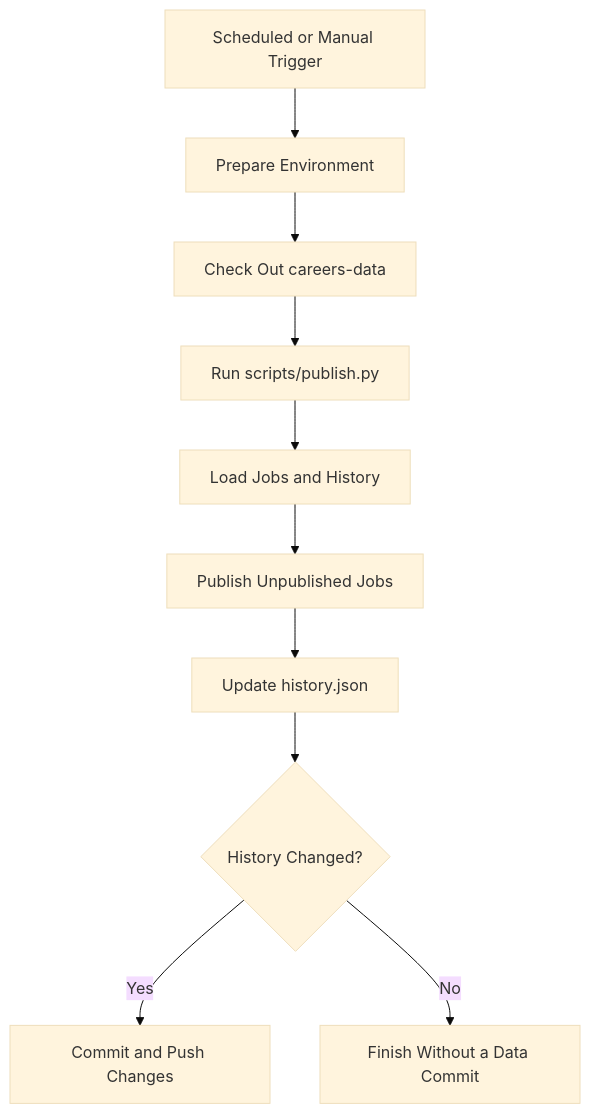
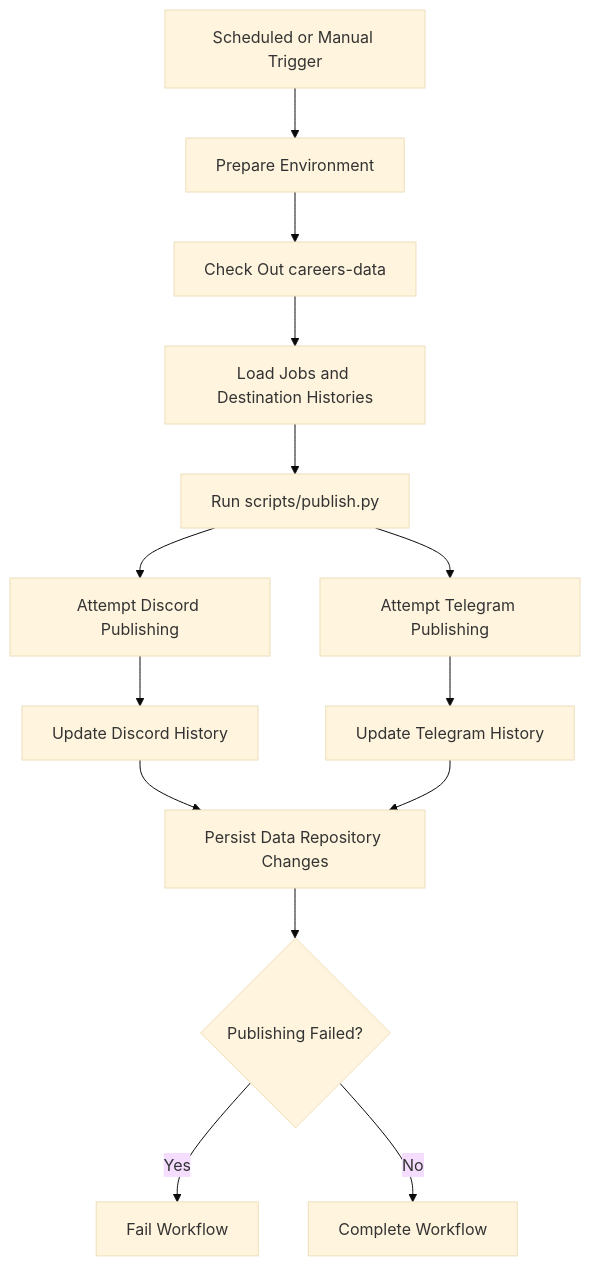
Before and after one commit to ZenYukti/careers-engine: the fourth of 4 diagrams in docs/architecture/publishing-pipeline.mdx, drawn with Mermaid (base theme). The commit also changed other lines of this file and 7 other files, not shown here.

Commit message:
docs: add telegram publishing channel docs & fix outdated references to history.json and discord-only publishing. (#24)

````diff
--- a/docs/architecture/publishing-pipeline.mdx
+++ b/docs/architecture/publishing-pipeline.mdx
@@ -144,12 +178,20 @@
 ```mermaid
 flowchart TD
     A["Scheduled or Manual Trigger"] --> B["Prepare Environment"]
     B --> C["Check Out careers-data"]
-    C --> D["Run scripts/publish.py"]
-    D --> E["Load Jobs and History"]
-    E --> F["Publish Unpublished Jobs"]
-    F --> G["Update history.json"]
-    G --> H{"History Changed?"}
-    H -->|Yes| I["Commit and Push Changes"]
-    H -->|No| J["Finish Without a Data Commit"]
+    C --> D["Load Jobs and Destination Histories"]
+    D --> E["Run scripts/publish.py"]
+
+    E --> F["Attempt Discord Publishing"]
+    E --> G["Attempt Telegram Publishing"]
+
+    F --> H["Update Discord History"]
+    G --> I["Update Telegram History"]
+
+    H --> J["Persist Data Repository Changes"]
+    I --> J
+
+    J --> K{"Publishing Failed?"}
+    K -->|Yes| L["Fail Workflow"]
+    K -->|No| M["Complete Workflow"]
 ```
````
